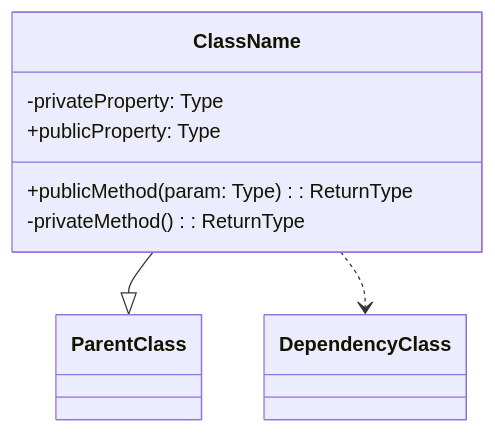
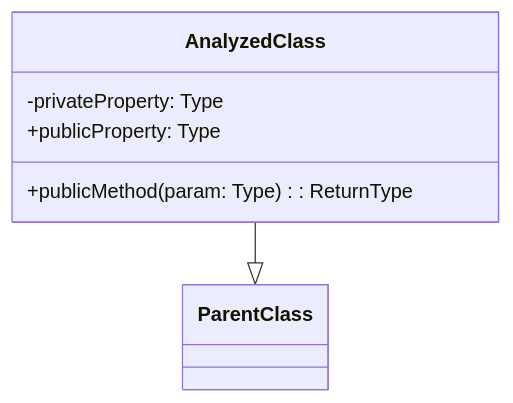
The first of 2 diagrams in prompts/android/android_analyze_kotlin_file_prompt_3.29.md (hyh19/ai), drawn with Mermaid before and after one commit. The commit also changed other lines of this file, not shown here.

````diff
--- a/prompts/android/android_analyze_kotlin_file_prompt_3.29.md
+++ b/prompts/android/android_analyze_kotlin_file_prompt_3.29.md
@@ -81,11 +59,9 @@
-```mermaid
-classDiagram
-    class ClassName {
-        -privateProperty: Type
-        +publicProperty: Type
-        +publicMethod(param: Type): ReturnType
-        -privateMethod(): ReturnType
-    }
-    ClassName --|> ParentClass
-    ClassName ..> DependencyClass
-```
+  ```mermaid
+  classDiagram
+      class AnalyzedClass {
+          -privateProperty: Type
+          +publicProperty: Type
+          +publicMethod(param: Type): ReturnType
+      }
+      AnalyzedClass --|> ParentClass
+  ```
````
